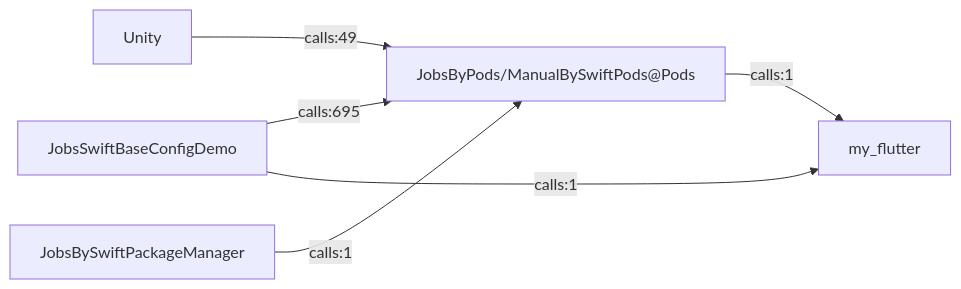
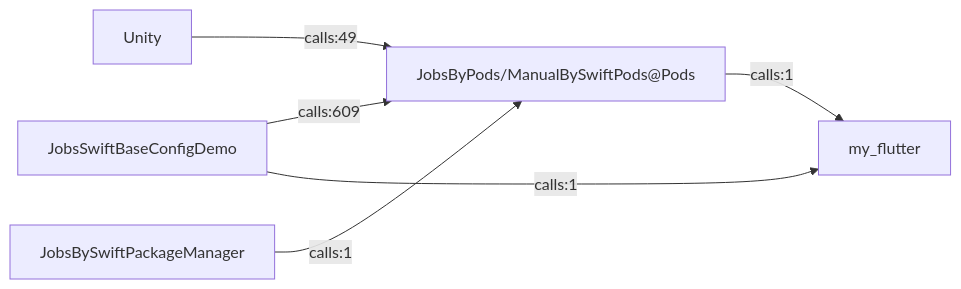
One commit to JobsKits/JobsSwiftBaseConfigDemo changed the diagram in .codegraph/codegraph.md/graphs/模块关联-Top.md. Above: the diagram before and after it, drawn with Mermaid. The commit also changed 61 other files, not shown here.

````diff
--- a/.codegraph/codegraph.md/graphs/模块关联-Top.md
+++ b/.codegraph/codegraph.md/graphs/模块关联-Top.md
@@ -13,13 +13,13 @@
 ```mermaid
 flowchart LR
   M1["JobsSwiftBaseConfigDemo"]
   M2["JobsByPods/ManualBySwiftPods@Pods"]
   M3["Unity"]
   M4["my_flutter"]
   M5["JobsBySwiftPackageManager"]
-  M1 -->|calls:695| M2
+  M1 -->|calls:609| M2
   M3 -->|calls:49| M2
   M2 -->|calls:1| M4
   M5 -->|calls:1| M2
   M1 -->|calls:1| M4
 ```
````
